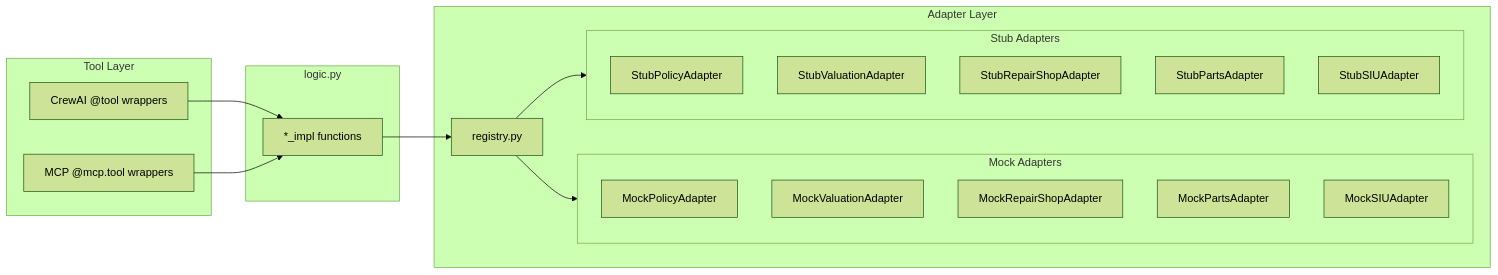
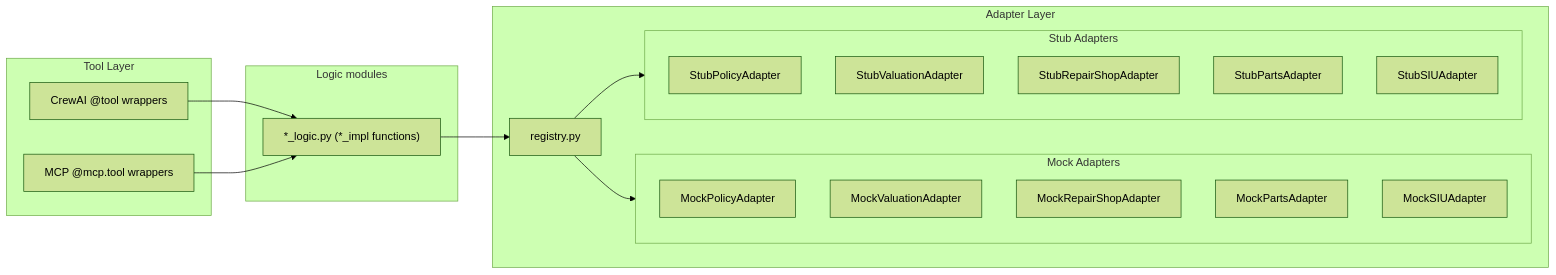
Before and after one commit to csmangum/auto-agent: the diagram in docs/adapters.md, drawn with Mermaid (forest theme). The commit also changed 5 other files, not shown here.

First line of the commit message:
Update documentation for adapters, architecture, crews, database, index, and tools

````diff
--- a/docs/adapters.md
+++ b/docs/adapters.md
@@ -9,32 +9,32 @@
 ```mermaid
 flowchart LR
     subgraph tools [Tool Layer]
         CrewAI["CrewAI @tool wrappers"]
         MCP["MCP @mcp.tool wrappers"]
     end
-    subgraph logic [logic.py]
-        impls["*_impl functions"]
+    subgraph logic [Logic modules]
+        impls["*_logic.py (*_impl functions)"]
     end
     subgraph adapters [Adapter Layer]
         registry["registry.py"]
         subgraph mock [Mock Adapters]
             MP["MockPolicyAdapter"]
             MV["MockValuationAdapter"]
             MR["MockRepairShopAdapter"]
             MPa["MockPartsAdapter"]
             MS["MockSIUAdapter"]
         end
         subgraph stub [Stub Adapters]
             SP["StubPolicyAdapter"]
             SV["StubValuationAdapter"]
             SR["StubRepairShopAdapter"]
             SPa["StubPartsAdapter"]
             SS["StubSIUAdapter"]
         end
     end
     CrewAI --> impls
     MCP --> impls
     impls --> registry
     registry --> mock
     registry --> stub
 ```
````
